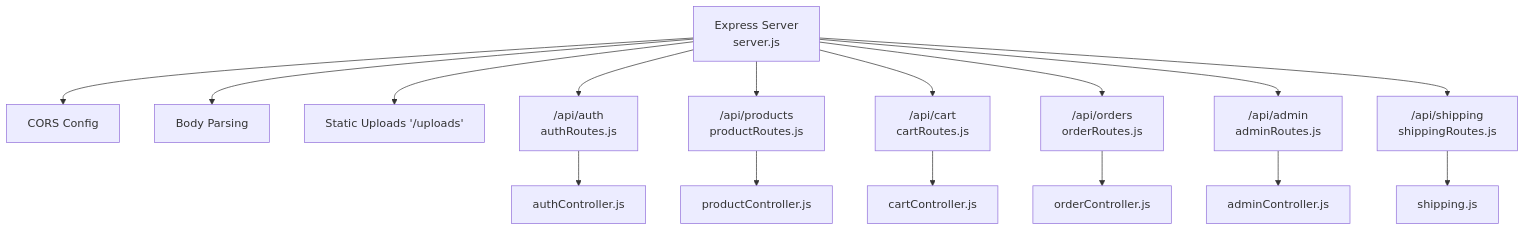
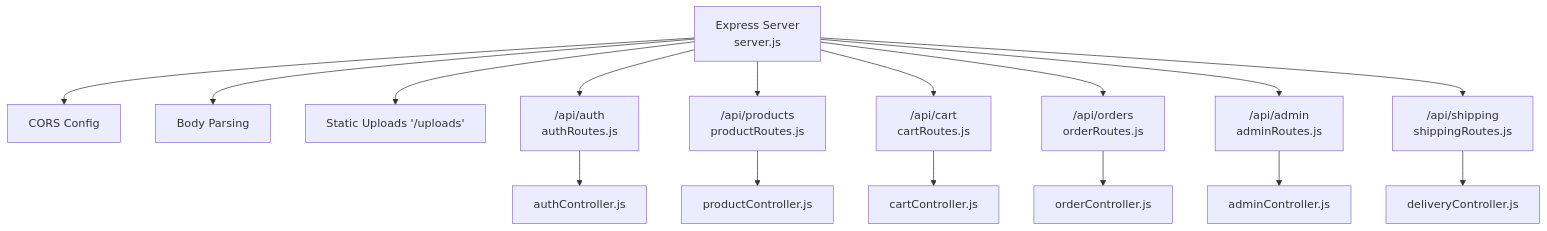
Before and after one commit to Pavan-PSPK9032/TrendsandToss: the first of 10 diagrams in .qoder/repowiki/en/content/Backend API Documentation/Backend API Documentation.md, drawn with Mermaid. The commit also changed other lines of this file and 16 other files, not shown here.

````diff
--- a/.qoder/repowiki/en/content/Backend API Documentation/Backend API Documentation.md
+++ b/.qoder/repowiki/en/content/Backend API Documentation/Backend API Documentation.md
@@ -44,18 +45,18 @@
 ```mermaid
 graph TB
 Server["Express Server<br/>server.js"] --> CORS["CORS Config"]
 Server --> JSON["Body Parsing"]
 Server --> Static["Static Uploads '/uploads'"]
 Server --> AuthRoute["/api/auth<br/>authRoutes.js"]
 Server --> ProductRoute["/api/products<br/>productRoutes.js"]
 Server --> CartRoute["/api/cart<br/>cartRoutes.js"]
 Server --> OrderRoute["/api/orders<br/>orderRoutes.js"]
 Server --> AdminRoute["/api/admin<br/>adminRoutes.js"]
 Server --> ShippingRoute["/api/shipping<br/>shippingRoutes.js"]
 AuthRoute --> AuthCtrl["authController.js"]
 ProductRoute --> ProdCtrl["productController.js"]
 CartRoute --> CartCtrl["cartController.js"]
 OrderRoute --> OrderCtrl["orderController.js"]
 AdminRoute --> AdminCtrl["adminController.js"]
-ShippingRoute --> ShipCfg["shipping.js"]
+ShippingRoute --> DeliveryCtrl["deliveryController.js"]
 ```
````
